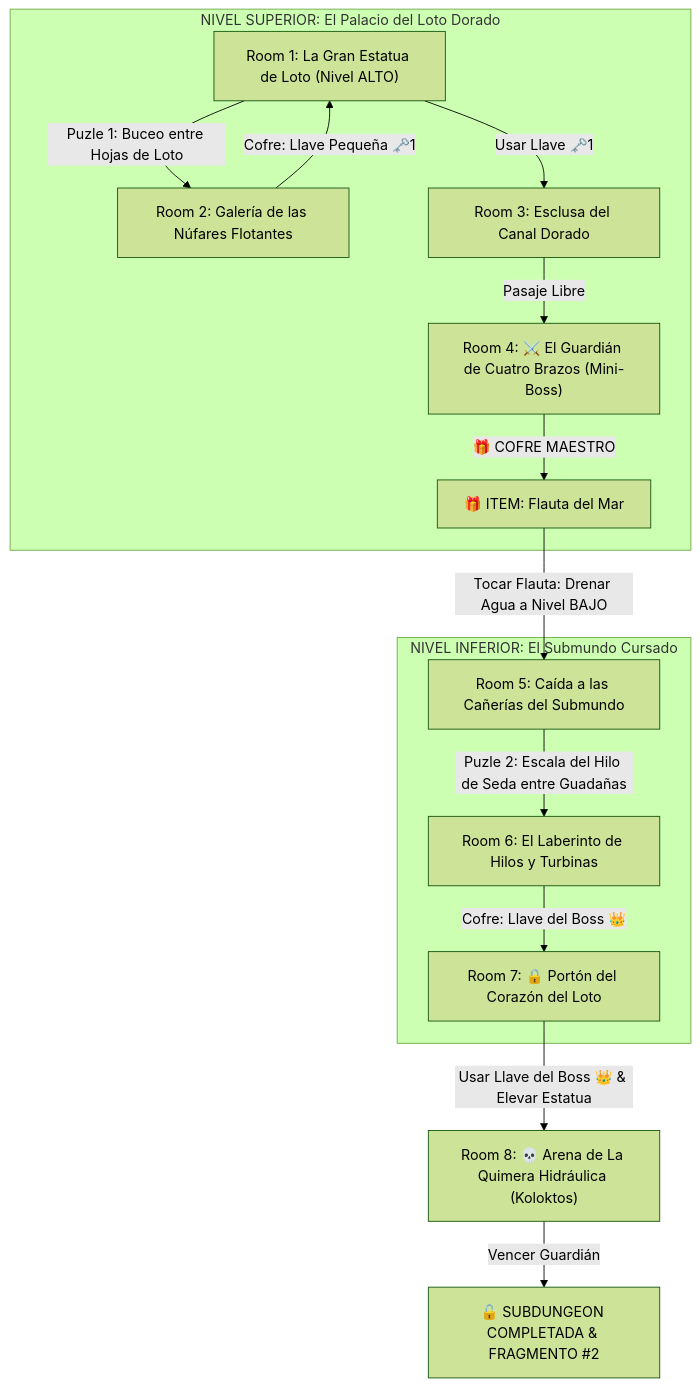
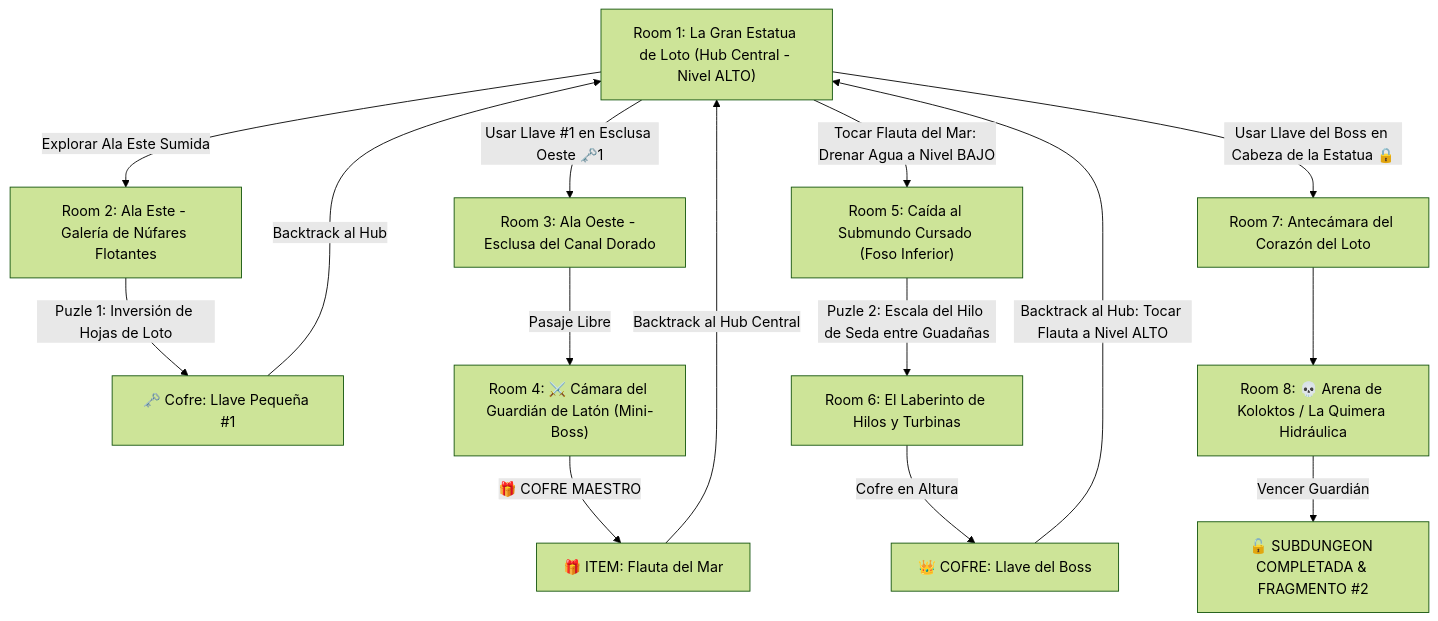
Before and after one commit to linkmati/ShivathLyss: the diagram in 7 - DM/OneShots/ARepeat/Subdungeons/02_Subdungeon_Agua_Cisterna.md, drawn with Mermaid (forest theme). The commit also changed other lines of this file and 22 other files, not shown here.

````diff
--- a/7 - DM/OneShots/ARepeat/Subdungeons/02_Subdungeon_Agua_Cisterna.md
+++ b/7 - DM/OneShots/ARepeat/Subdungeons/02_Subdungeon_Agua_Cisterna.md
@@ -14,20 +14,20 @@
 ```mermaid
 graph TD
-    subgraph "NIVEL SUPERIOR: El Palacio del Loto Dorado"
-        S1["Room 1: La Gran Estatua de Loto (Nivel ALTO)"] -->|Puzle 1: Buceo entre Hojas de Loto| S2["Room 2: Galería de las Núfares Flotantes"]
-        S2 -->|Cofre: Llave Pequeña 🗝️1| S1
-        S1 -->|Usar Llave 🗝️1| S3["Room 3: Esclusa del Canal Dorado"]
-        S3 -->|Pasaje Libre| S4["Room 4: ⚔️ El Guardián de Cuatro Brazos (Mini-Boss)"]
-        S4 -->|🎁 COFRE MAESTRO| Item["🎁 ITEM: Flauta del Mar"]
-    end
-
-    Item -->|Tocar Flauta: Drenar Agua a Nivel BAJO| Submundo
-
-    subgraph "NIVEL INFERIOR: El Submundo Cursado"
-        Submundo["Room 5: Caída a las Cañerías del Submundo"] -->|Puzle 2: Escala del Hilo de Seda entre Guadañas| S6["Room 6: El Laberinto de Hilos y Turbinas"]
-        S6 -->|Cofre: Llave del Boss 👑| S7["Room 7: 🔒 Portón del Corazón del Loto"]
-    end
-
-    S7 -->|Usar Llave del Boss 👑 & Elevar Estatua| S8["Room 8: 💀 Arena de La Quimera Hidráulica (Koloktos)"]
+    S1["Room 1: La Gran Estatua de Loto (Hub Central - Nivel ALTO)"] -->|Explorar Ala Este Sumida| S2["Room 2: Ala Este - Galería de Núfares Flotantes"]
+    S2 -->|Puzle 1: Inversión de Hojas de Loto| S2_Key["🗝️ Cofre: Llave Pequeña #1"]
+    S2_Key -->|Backtrack al Hub| S1
+    
+    S1 -->|Usar Llave #1 en Esclusa Oeste 🗝️1| S3["Room 3: Ala Oeste - Esclusa del Canal Dorado"]
+    S3 -->|Pasaje Libre| S4["Room 4: ⚔️ Cámara del Guardián de Latón (Mini-Boss)"]
+    S4 -->|🎁 COFRE MAESTRO| Item["🎁 ITEM: Flauta del Mar"]
+    
+    Item -->|Backtrack al Hub Central| S1
+    S1 -->|Tocar Flauta del Mar: Drenar Agua a Nivel BAJO| S5["Room 5: Caída al Submundo Cursado (Foso Inferior)"]
+    S5 -->|Puzle 2: Escala del Hilo de Seda entre Guadañas| S6["Room 6: El Laberinto de Hilos y Turbinas"]
+    S6 -->|Cofre en Altura| BossKey["👑 COFRE: Llave del Boss"]
+    
+    BossKey -->|Backtrack al Hub: Tocar Flauta a Nivel ALTO| S1
+    S1 -->|Usar Llave del Boss en Cabeza de la Estatua 🔒| S7["Room 7: Antecámara del Corazón del Loto"]
+    S7 --> S8["Room 8: 💀 Arena de Koloktos / La Quimera Hidráulica"]
     S8 -->|Vencer Guardián| Win["🔓 SUBDUNGEON COMPLETADA & FRAGMENTO #2"]
 ```
````
